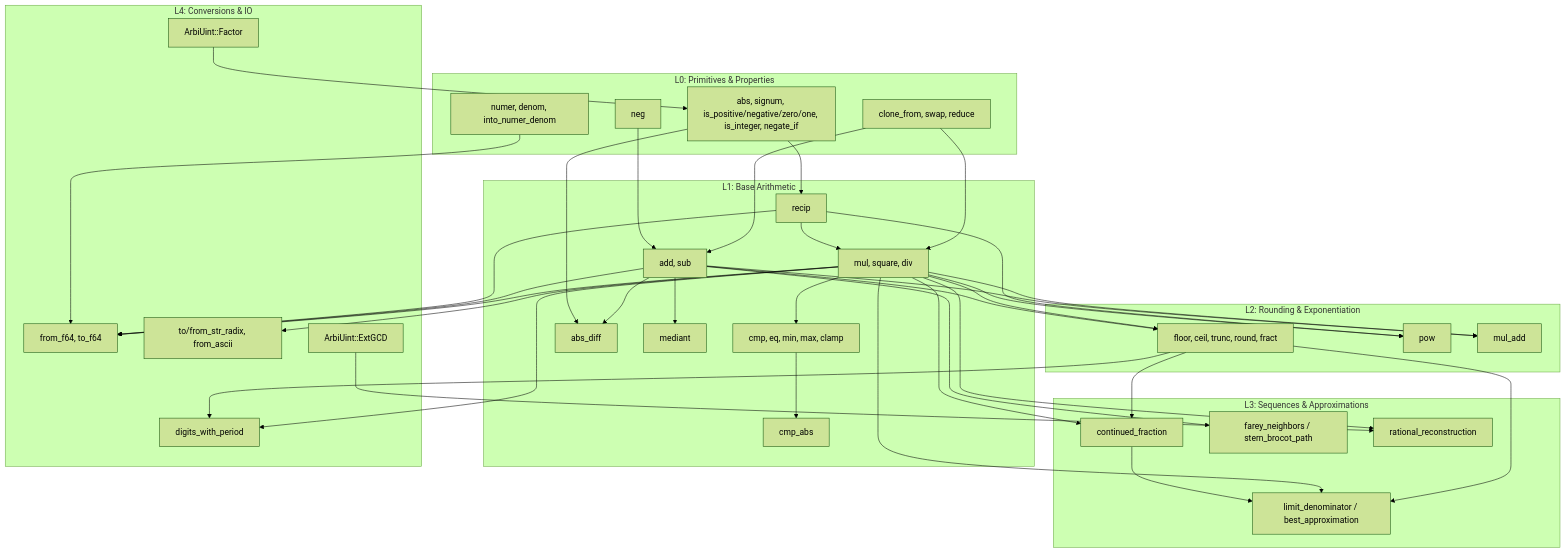
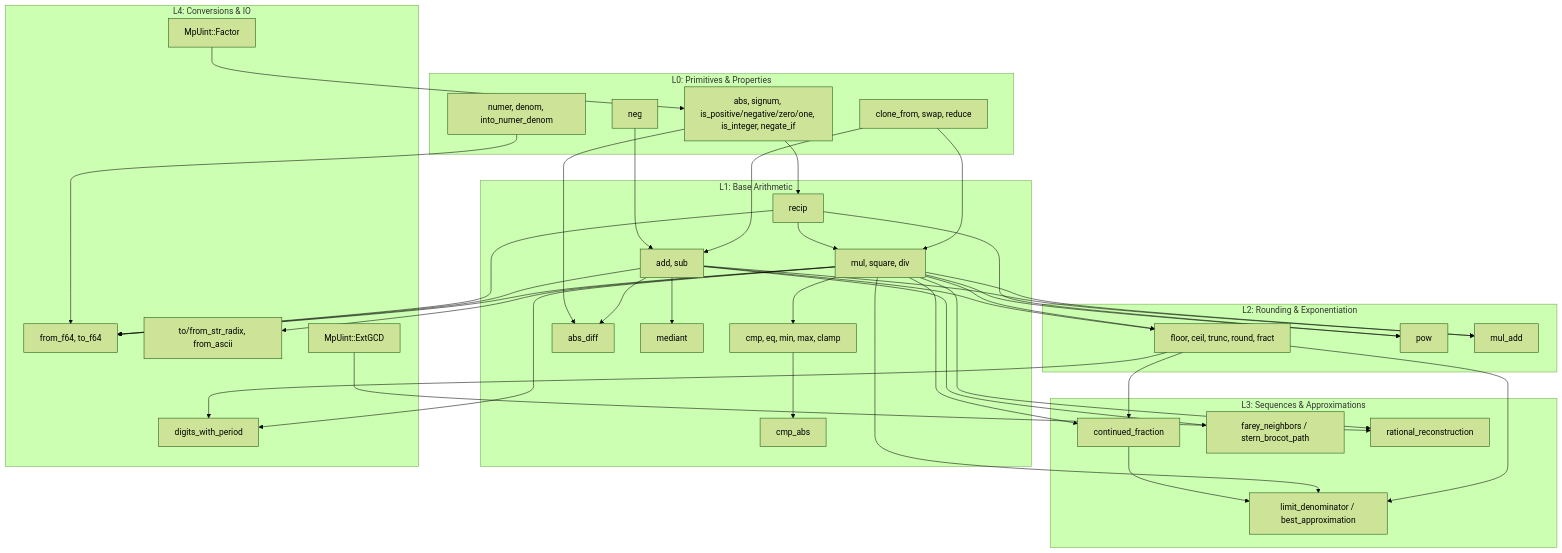
One commit to CokieMiner/MpAnafis changed the diagram in docs/rational/spec.md. Above: the diagram before and after it, drawn with Mermaid (forest theme). The commit also changed other lines of this file and 650 other files, not shown here.

````diff
--- a/docs/rational/spec.md
+++ b/docs/rational/spec.md
@@ -165,75 +165,75 @@
 ```mermaid
 graph TD
     %% L0: Primitives
     subgraph L0: Primitives & Properties
         Props["abs, signum, is_positive/negative/zero/one, is_integer, negate_if"]
         Mem["clone_from, swap, reduce"]
         Parts["numer, denom, into_numer_denom"]
         Neg["neg"]
     end
 
     subgraph L1: Base Arithmetic
         Recip["recip"]
         MulDiv["mul, square, div"]
         AddSub["add, sub"]
         Cmp["cmp, eq, min, max, clamp"]
         CmpAbs["cmp_abs"]
         AbsDiff["abs_diff"]
         Mediant["mediant"]
     end
     Props --> Recip
     Mem --> MulDiv
     Mem --> AddSub
     Recip --> MulDiv
     Neg --> AddSub
     MulDiv --> Cmp
     Cmp --> CmpAbs
     AddSub --> AbsDiff
     Props --> AbsDiff
     AddSub --> Mediant
 
     %% L2
     subgraph L2: Rounding & Exponentiation
         Round["floor, ceil, trunc, round, fract"]
         Pow["pow"]
         MulAdd["mul_add"]
     end
     Recip --> Pow
     MulDiv --> Pow
     MulDiv --> Round
     AddSub --> Round
     MulDiv --> MulAdd
     AddSub --> MulAdd
 
     subgraph L3: Sequences & Approximations
         LimitDenom["limit_denominator / best_approximation"]
         ContFrac["continued_fraction"]
         Farey["farey_neighbors / stern_brocot_path"]
         Reconstruct["rational_reconstruction"]
     end
     Round --> LimitDenom
     MulDiv --> LimitDenom
     MulDiv --> ContFrac
     Round --> ContFrac
     AddSub --> Farey
     MulDiv --> Reconstruct
 
     %% L4
     subgraph L4: Conversions & IO
         Float["from_f64, to_f64"]
         Str["to/from_str_radix, from_ascii"]
         Iter["digits_with_period"]
-        ExtGCD["ArbiUint::ExtGCD"]
-        Factor["ArbiUint::Factor"]
+        ExtGCD["MpUint::ExtGCD"]
+        Factor["MpUint::Factor"]
     end
     MulDiv --> Str
     Round --> Iter
     MulDiv --> Iter
     MulDiv --> Float
     Parts --> Float
     AddSub --> Float
     Recip --> Float
     Factor --> Props
     ExtGCD --> Reconstruct
     ContFrac --> LimitDenom
 ```
````
